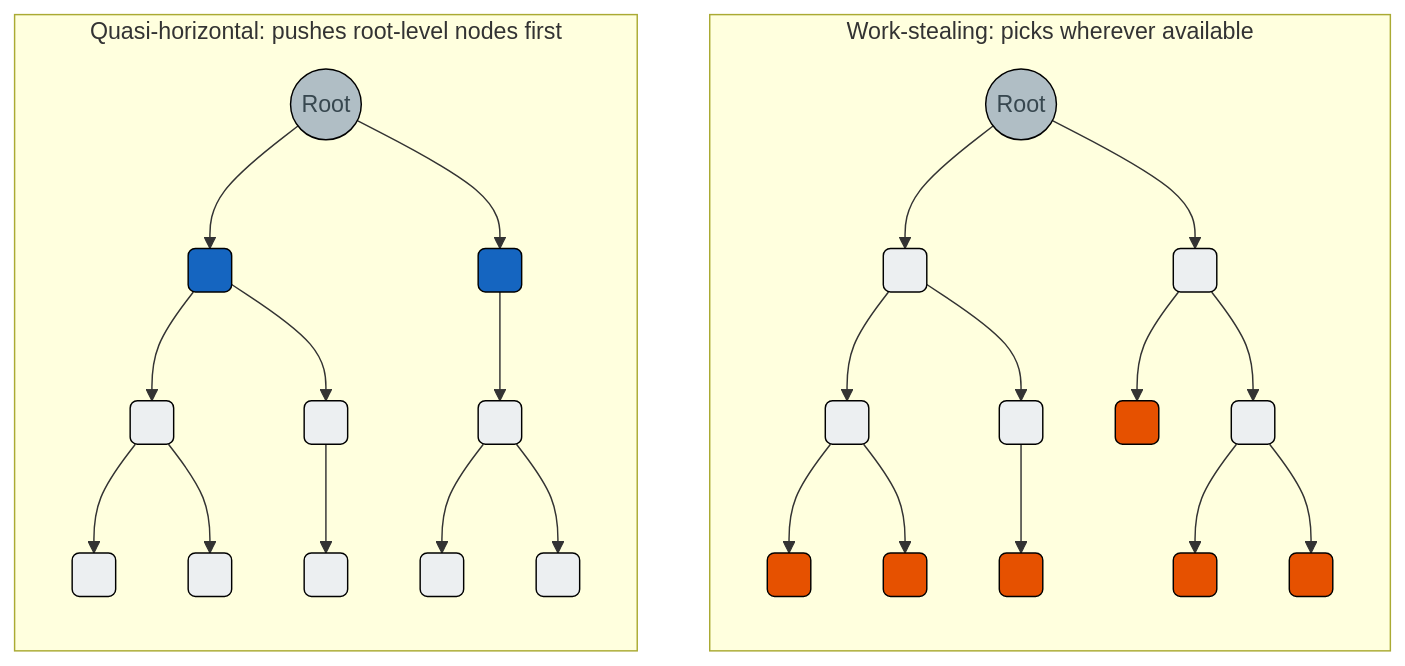
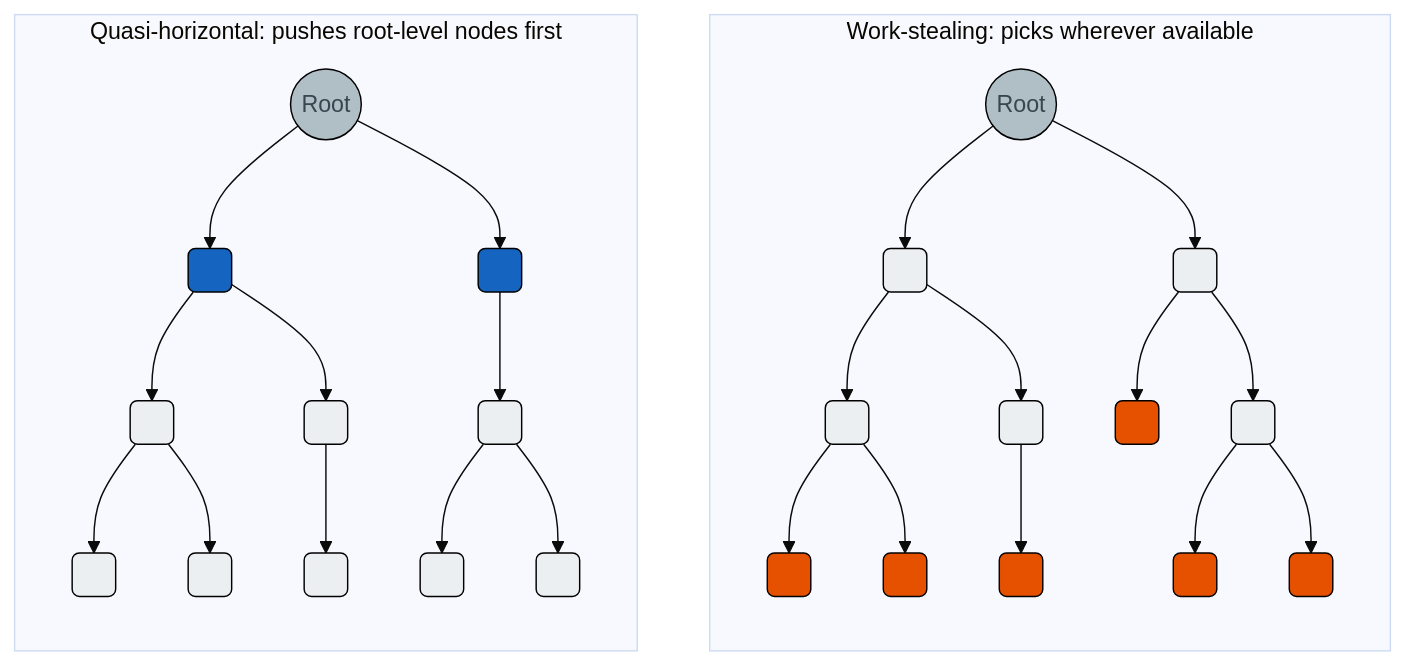
One commit to rapastranac/gempba-docs changed the diagram in docs/reference/implementations/load-balancers/work-stealing.md. Above: the diagram before and after it, drawn with Mermaid. The commit also changed other lines of this file and 3 other files, not shown here.

````diff
--- a/docs/reference/implementations/load-balancers/work-stealing.md
+++ b/docs/reference/implementations/load-balancers/work-stealing.md
@@ -27,40 +25,41 @@
 ```mermaid
+%%{init: {'theme': 'base'}}%%
 flowchart TD
     subgraph ws["Work-stealing: picks wherever available"]
         direction TB
         WR(("Root")):::rootws
         WR --> WA(" "):::nodews
         WR --> WB(" "):::nodews
         WA --> WA1(" "):::nodews
         WA --> WA2(" "):::nodews
         WA1 --> WA3(" "):::stolen
         WA1 --> WA4(" "):::stolen
         WA2 --> WA5(" "):::stolen
         WB --> WB1(" "):::stolen
         WB --> WB2(" "):::nodews
         WB2 --> WB3(" "):::stolen
         WB2 --> WB4(" "):::stolen
     end
 
     subgraph qh["Quasi-horizontal: pushes root-level nodes first"]
         direction TB
         QR(("Root")):::rootqh
         QR --> QA(" "):::pushed
         QR --> QB(" "):::pushed
         QA --> QA1(" "):::nodqh
         QA --> QA2(" "):::nodqh
         QA1 --> QA3(" "):::nodqh
         QA1 --> QA4(" "):::nodqh
         QA2 --> QA5(" "):::nodqh
         QB --> QB1(" "):::nodqh
         QB1 --> QB2(" "):::nodqh
         QB1 --> QB3(" "):::nodqh
     end
 
     classDef rootqh  fill:#b0bec5,color:#37474f,stroke:#000000
     classDef rootws  fill:#b0bec5,color:#37474f,stroke:#000000
     classDef pushed  fill:#1565c0,color:#fff,stroke:#000000
     classDef stolen  fill:#e65100,color:#fff,stroke:#000000
     classDef nodqh   fill:#eceff1,color:#546e7a,stroke:#000000
     classDef nodews  fill:#eceff1,color:#546e7a,stroke:#000000
 ```
````
